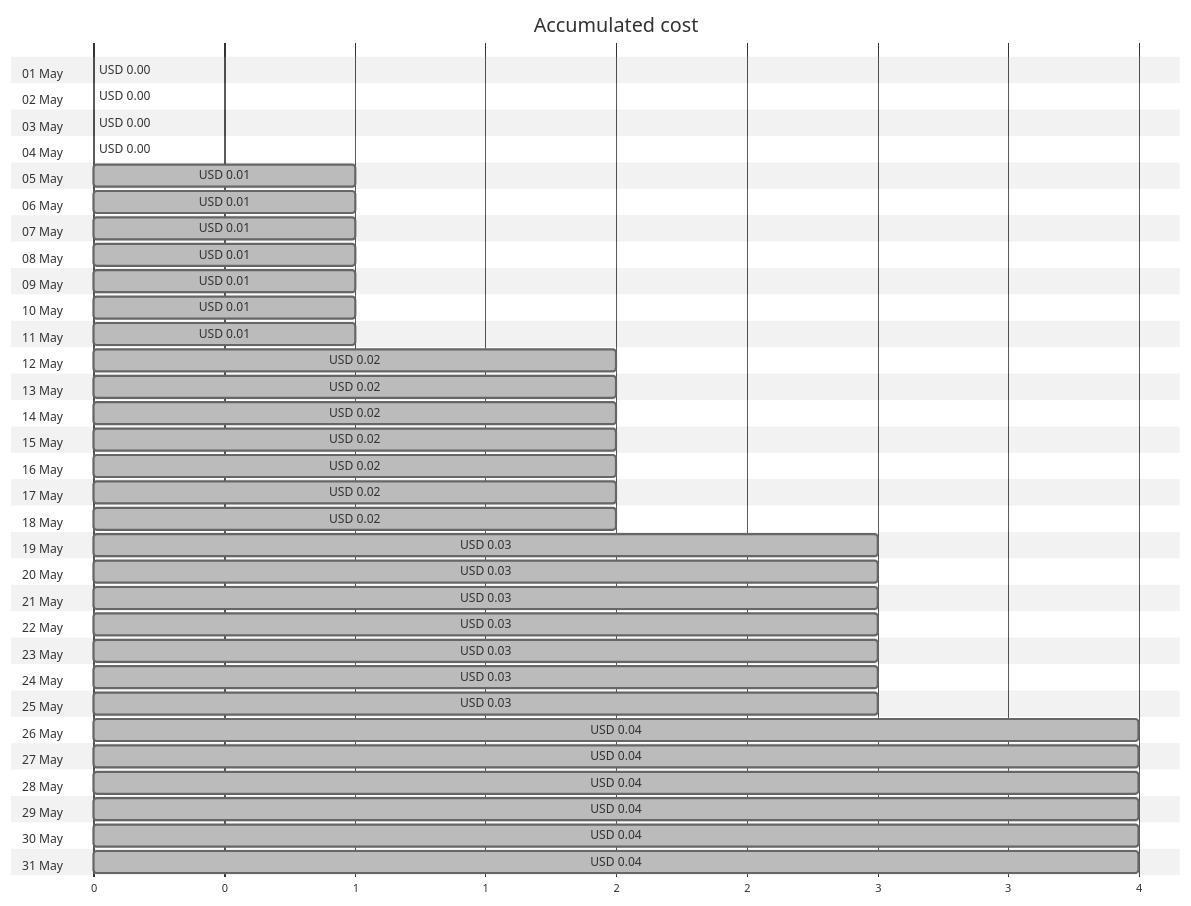
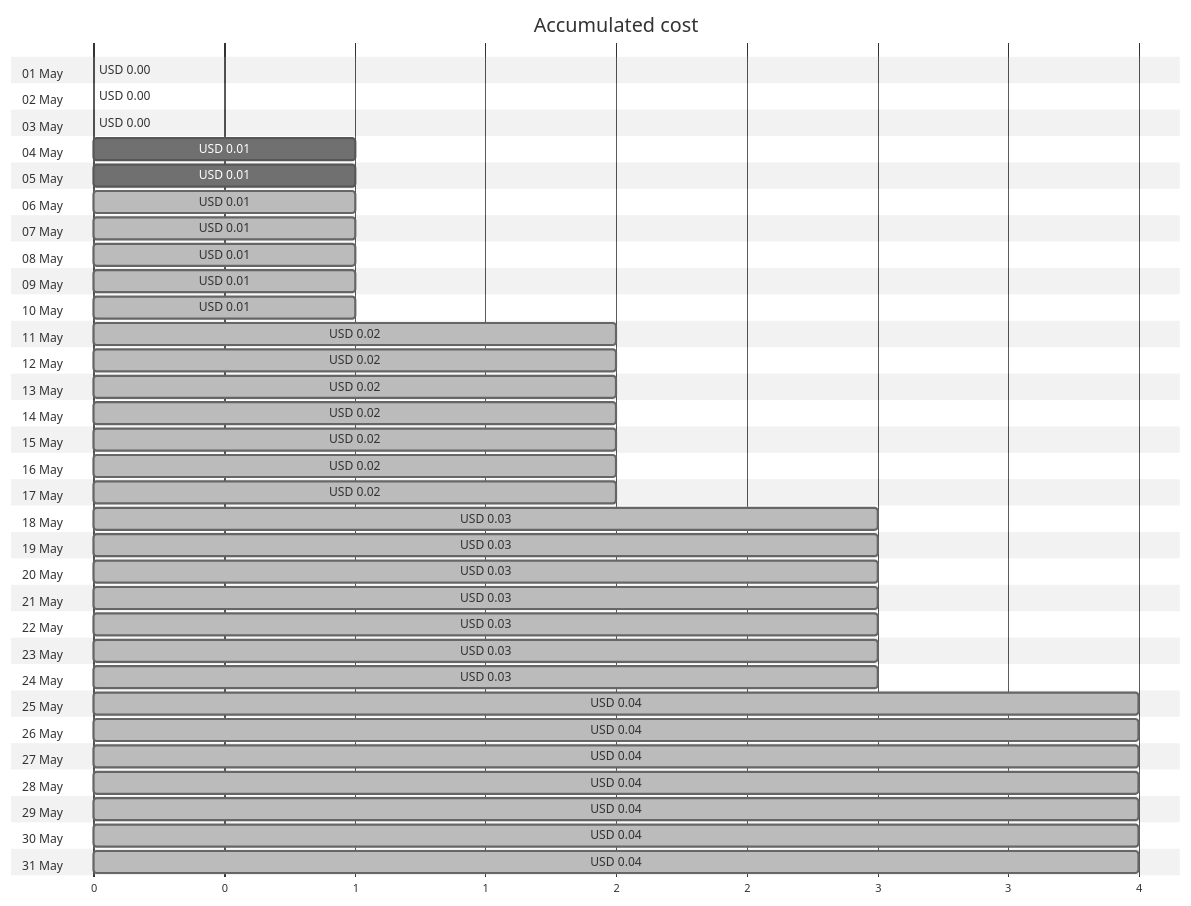
Before and after one commit to jpfulton/azure-personal-reports: the first of 4 diagrams in cost-reports/personal-site/personalsiteapistorage.md, drawn with Mermaid (neutral theme). The commit also changed other lines of this file and 6 other files, not shown here.

````diff
--- a/cost-reports/personal-site/personalsiteapistorage.md
+++ b/cost-reports/personal-site/personalsiteapistorage.md
@@ -20,68 +20,68 @@
 ```mermaid
 gantt
    title Accumulated cost
    dateFormat  X
    axisFormat %s
    section 01 May
    USD 0.00 :0, 0
    section 02 May
    USD 0.00 :0, 0
    section 03 May
    USD 0.00 :0, 0
    section 04 May
-   USD 0.00 :0, 0
+   USD 0.01 :0, 1
    section 05 May
-   USD 0.01 : done, 0, 1
+   USD 0.01 :0, 1
    section 06 May
    USD 0.01 : done, 0, 1
    section 07 May
    USD 0.01 : done, 0, 1
    section 08 May
    USD 0.01 : done, 0, 1
    section 09 May
    USD 0.01 : done, 0, 1
    section 10 May
    USD 0.01 : done, 0, 1
    section 11 May
-   USD 0.01 : done, 0, 1
+   USD 0.02 : done, 0, 2
    section 12 May
    USD 0.02 : done, 0, 2
    section 13 May
    USD 0.02 : done, 0, 2
    section 14 May
    USD 0.02 : done, 0, 2
    section 15 May
    USD 0.02 : done, 0, 2
    section 16 May
    USD 0.02 : done, 0, 2
    section 17 May
    USD 0.02 : done, 0, 2
    section 18 May
-   USD 0.02 : done, 0, 2
+   USD 0.03 : done, 0, 3
    section 19 May
    USD 0.03 : done, 0, 3
    section 20 May
    USD 0.03 : done, 0, 3
    section 21 May
    USD 0.03 : done, 0, 3
    section 22 May
    USD 0.03 : done, 0, 3
    section 23 May
    USD 0.03 : done, 0, 3
    section 24 May
    USD 0.03 : done, 0, 3
    section 25 May
-   USD 0.03 : done, 0, 3
+   USD 0.04 : done, 0, 4
    section 26 May
    USD 0.04 : done, 0, 4
    section 27 May
    USD 0.04 : done, 0, 4
    section 28 May
    USD 0.04 : done, 0, 4
    section 29 May
    USD 0.04 : done, 0, 4
    section 30 May
    USD 0.04 : done, 0, 4
    section 31 May
    USD 0.04 : done, 0, 4
 ```
````
